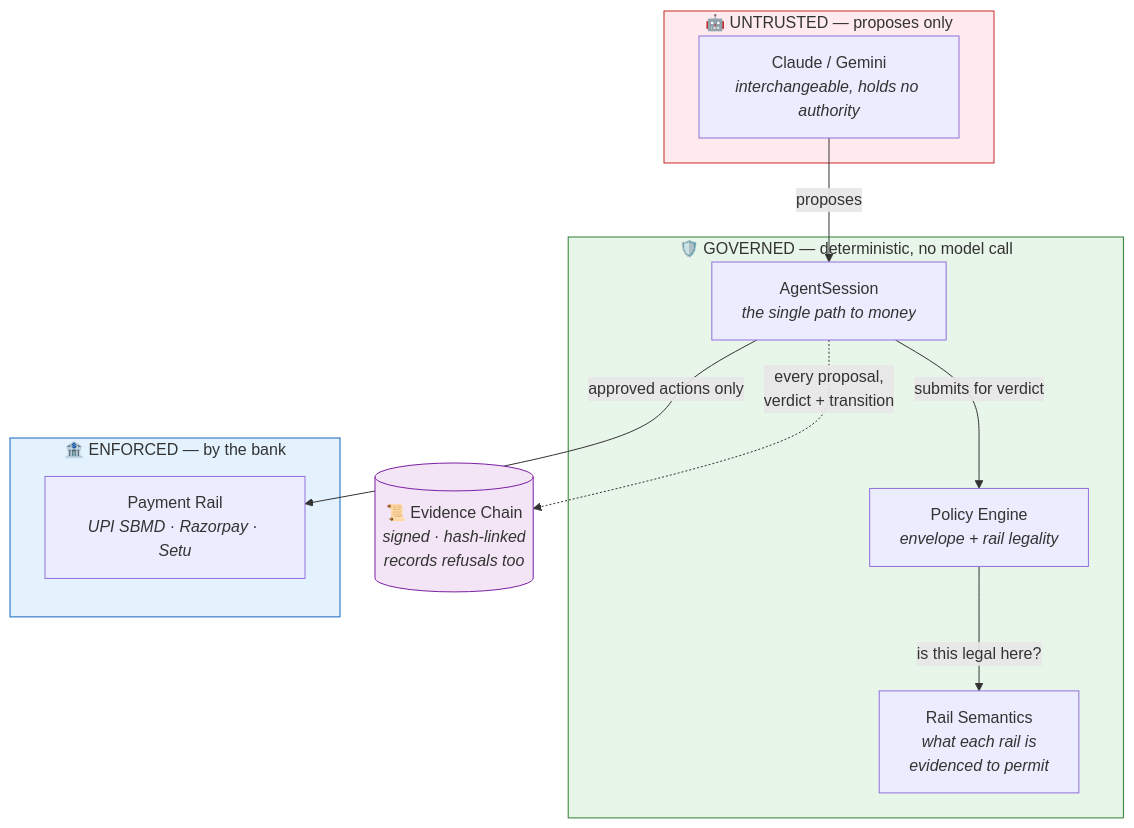
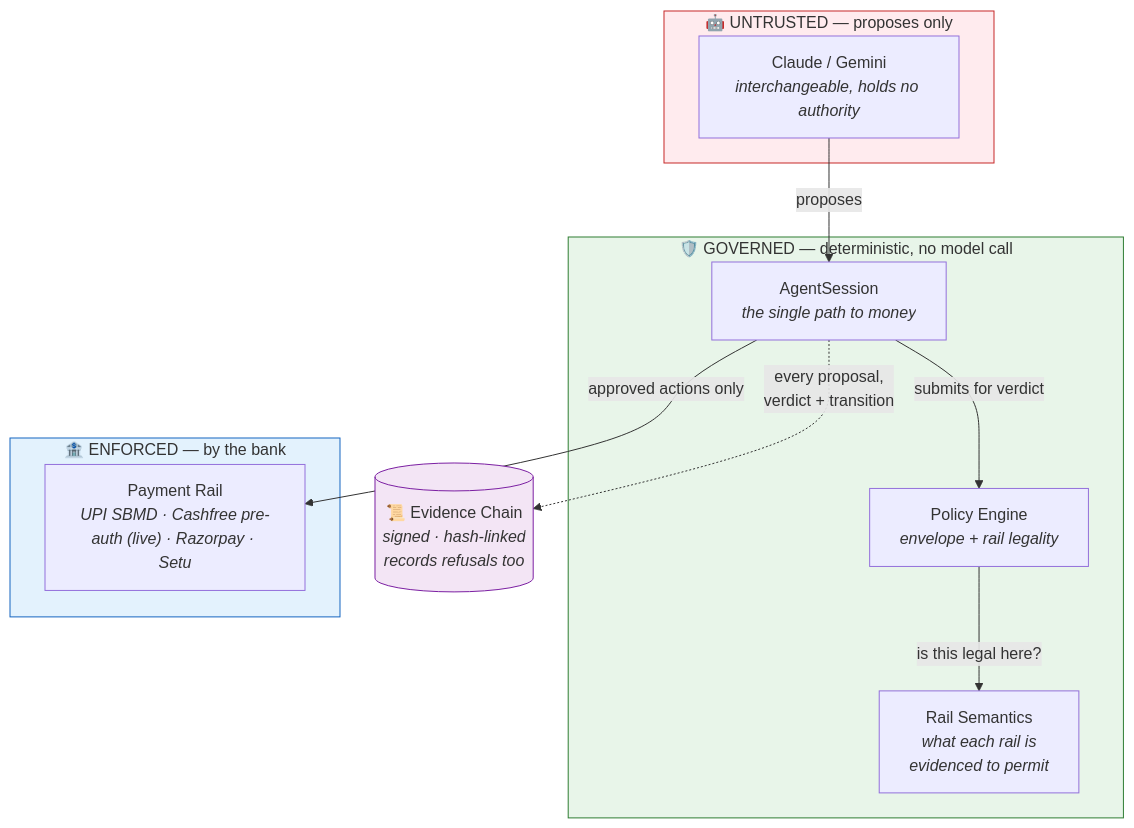
One commit to HERPESME/amanat changed the second of 3 diagrams in README.md. Above: the diagram before and after it, drawn with Mermaid. The commit also changed other lines of this file and 3 other files, not shown here.

First line of the commit message:
docs: put the live-rail result in the README and pitch deck

````diff
--- a/README.md
+++ b/README.md
@@ -188,29 +203,29 @@
 ```mermaid
 flowchart TB
     subgraph UNTRUSTED["🤖 UNTRUSTED — proposes only"]
         LLM["Claude / Gemini<br/><i>interchangeable, holds no authority</i>"]
     end
 
     subgraph GOVERNED["🛡️ GOVERNED — deterministic, no model call"]
         SESSION["AgentSession<br/><i>the single path to money</i>"]
         POLICY["Policy Engine<br/><i>envelope + rail legality</i>"]
         SEM["Rail Semantics<br/><i>what each rail is</i><br/><i>evidenced to permit</i>"]
     end
 
     subgraph ENFORCED["🏦 ENFORCED — by the bank"]
-        RAIL["Payment Rail<br/><i>UPI SBMD · Razorpay · Setu</i>"]
+        RAIL["Payment Rail<br/><i>UPI SBMD · Cashfree pre-auth (live) · Razorpay · Setu</i>"]
     end
 
     CHAIN[("📜 Evidence Chain<br/><i>signed · hash-linked</i><br/><i>records refusals too</i>")]
 
     LLM -->|"proposes"| SESSION
     SESSION -->|"submits for verdict"| POLICY
     POLICY -->|"is this legal here?"| SEM
     SESSION -->|"approved actions only"| RAIL
     SESSION -.->|"every proposal,<br/>verdict + transition"| CHAIN
 
     style UNTRUSTED fill:#ffebee,stroke:#c62828
     style GOVERNED fill:#e8f5e9,stroke:#2e7d32
     style ENFORCED fill:#e3f2fd,stroke:#1565c0
     style CHAIN fill:#f3e5f5,stroke:#7b1fa2
 ```
````
